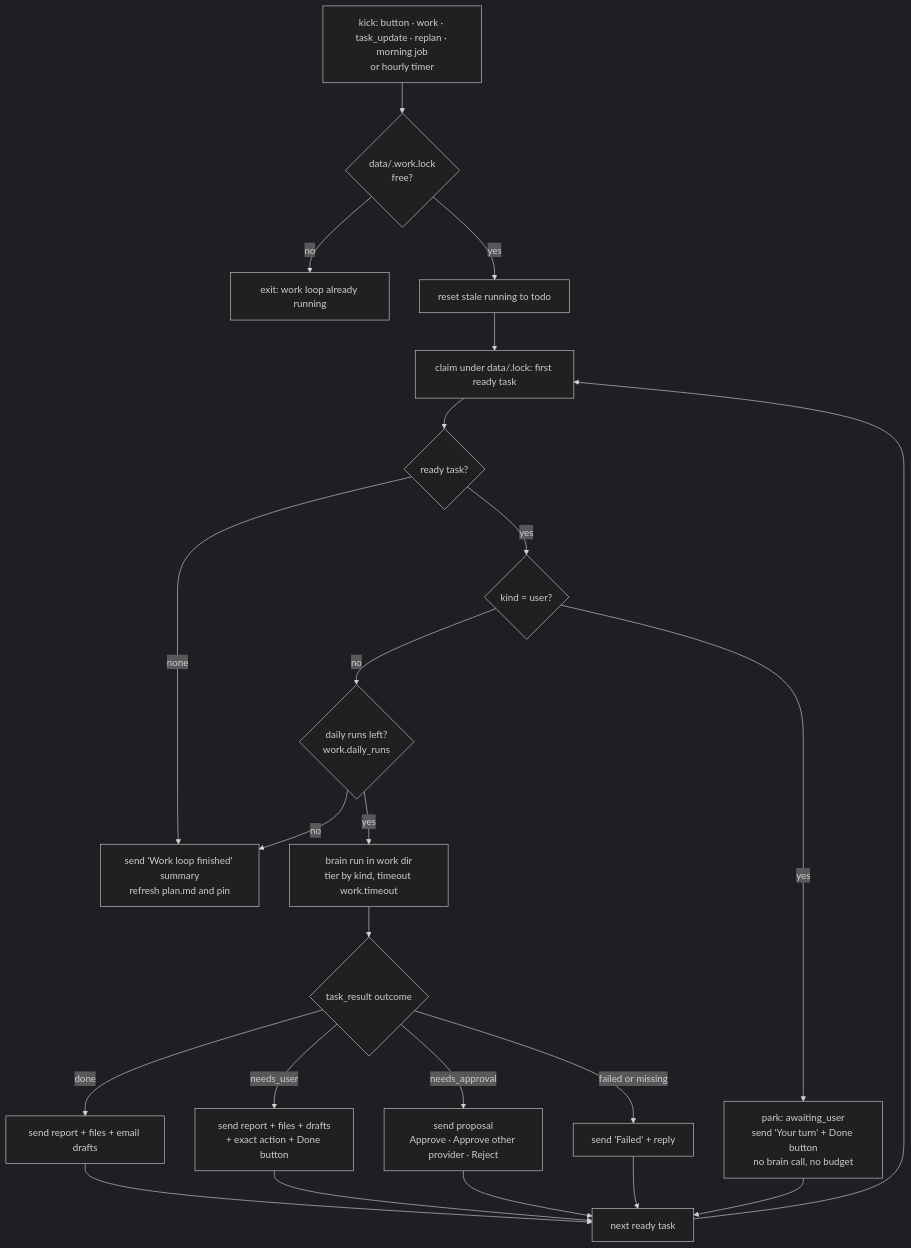
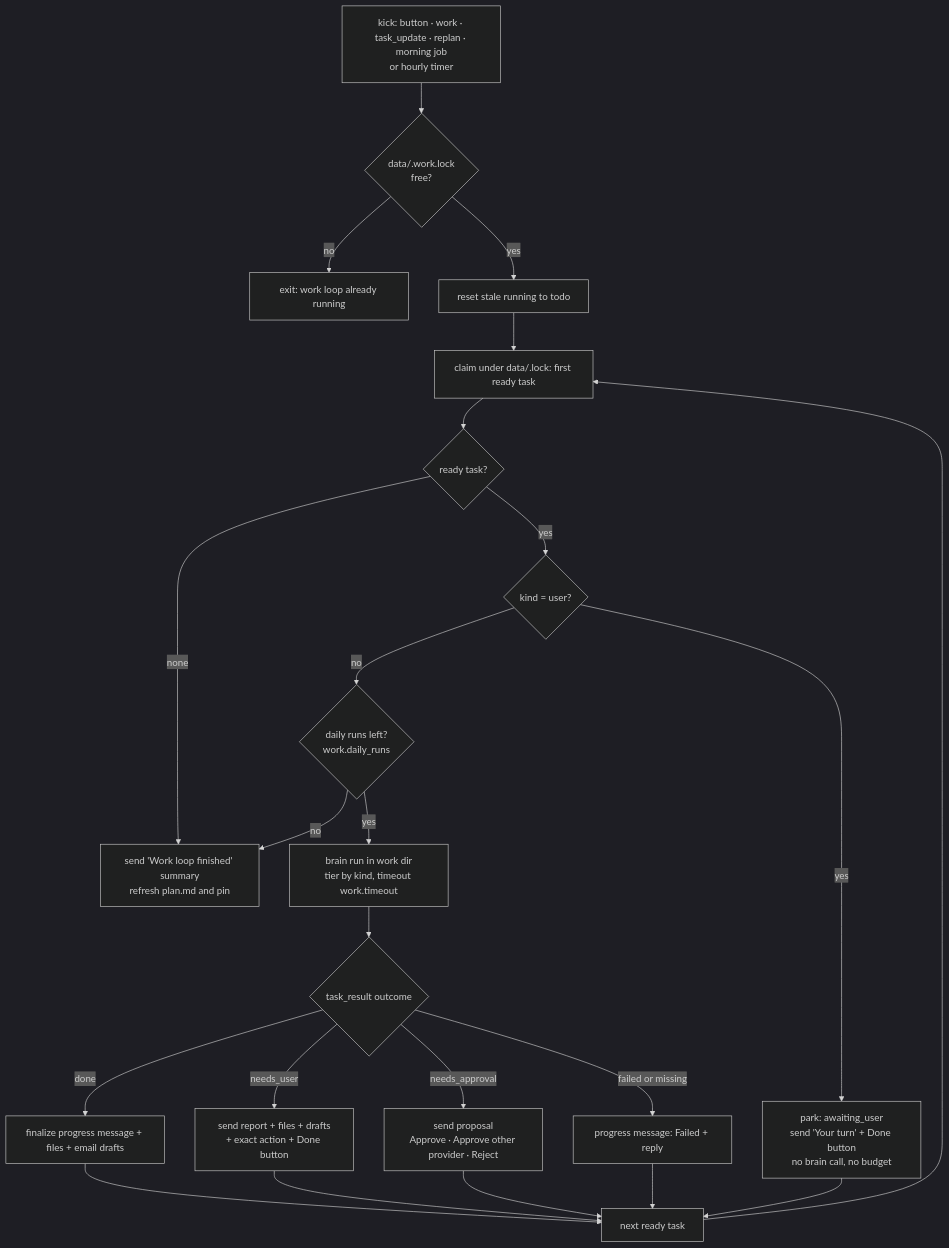
One commit to vovka/mentor-bot changed the tenth of 19 diagrams in docs/ARCHITECTURE.md. Above: the diagram before and after it, drawn with Mermaid (dark theme). The commit also changed other lines of this file and 21 other files, not shown here.

First line of the commit message:
Live progress message: edited every 10 s, step log collapses on finish

````diff
--- a/docs/ARCHITECTURE.md
+++ b/docs/ARCHITECTURE.md
@@ -240,22 +246,22 @@
 ```mermaid
 flowchart TB
   K["kick: button · work · task_update · replan · morning job<br/>or hourly timer"] --> LK{"data/.work.lock<br/>free?"}
   LK -- no --> EX["exit: work loop already running"]
   LK -- yes --> RS["reset stale running to todo"] --> CL
   CL["claim under data/.lock: first ready task"] --> RD{"ready task?"}
   RD -- none --> FIN
   RD -- yes --> UT{"kind = user?"}
   UT -- yes --> PK["park: awaiting_user<br/>send 'Your turn' + Done button<br/>no brain call, no budget"]
   UT -- no --> BG{"daily runs left?<br/>work.daily_runs"}
   BG -- no --> FIN
   BG -- yes --> BR["brain run in work dir<br/>tier by kind, timeout work.timeout"]
   BR --> OC{"task_result outcome"}
-  OC -- done --> T1["send report + files + email drafts"]
+  OC -- done --> T1["finalize progress message + files + email drafts"]
   OC -- needs_user --> T2["send report + files + drafts<br/>+ exact action + Done button"]
   OC -- needs_approval --> T3["send proposal<br/>Approve · Approve other provider · Reject"]
-  OC -- "failed or missing" --> T4["send 'Failed' + reply"]
+  OC -- "failed or missing" --> T4["progress message: Failed + reply"]
   T1 & T2 & T3 & T4 --> NX[next ready task]
   PK --> NX
   NX --> CL
   FIN["send 'Work loop finished' summary<br/>refresh plan.md and pin"]
 ```
````
